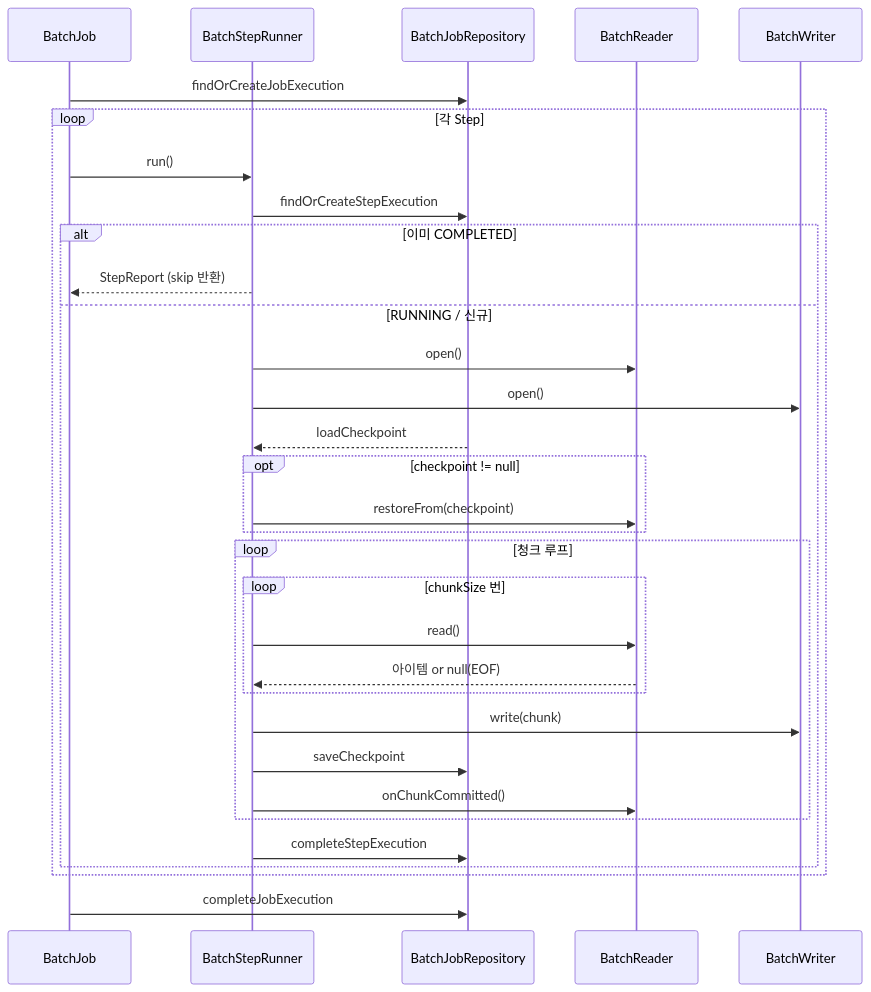
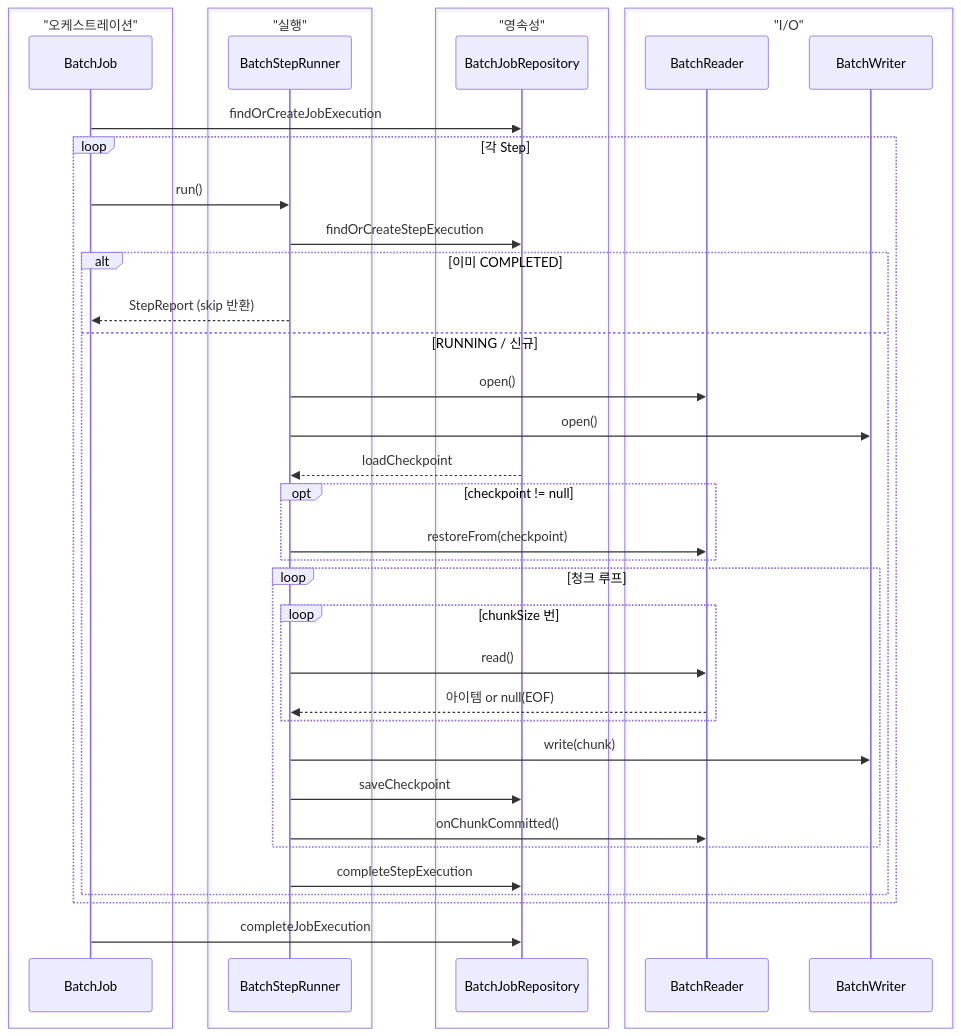
Before and after one commit to bluetape4k/bluetape4k-projects: the second of 3 diagrams in utils/batch/README.ko.md, drawn with Mermaid. The commit also changed other lines of this file and 221 other files, not shown here.

First line of the commit message:
docs: 전체 모듈 README UML 다이어그램 보강 및 색상 업그레이드

````diff
--- a/utils/batch/README.ko.md
+++ b/utils/batch/README.ko.md
@@ -80,35 +88,43 @@
 ```mermaid
 sequenceDiagram
+    box "오케스트레이션" #E8F5E9
     participant Job as BatchJob
+    end
+    box "실행" #E3F2FD
     participant Runner as BatchStepRunner
+    end
+    box "영속성" #FFF3E0
     participant Repo as BatchJobRepository
+    end
+    box "I/O" #F3E5F5
     participant Reader as BatchReader
     participant Writer as BatchWriter
+    end
 
     Job->>Repo: findOrCreateJobExecution
     loop 각 Step
         Job->>Runner: run()
         Runner->>Repo: findOrCreateStepExecution
         alt 이미 COMPLETED
             Runner-->>Job: StepReport (skip 반환)
         else RUNNING / 신규
             Runner->>Reader: open()
             Runner->>Writer: open()
             Repo-->>Runner: loadCheckpoint
             opt checkpoint != null
                 Runner->>Reader: restoreFrom(checkpoint)
             end
             loop 청크 루프
                 loop chunkSize 번
                     Runner->>Reader: read()
                     Reader-->>Runner: 아이템 or null(EOF)
                 end
                 Runner->>Writer: write(chunk)
                 Runner->>Repo: saveCheckpoint
                 Runner->>Reader: onChunkCommitted()
             end
             Runner->>Repo: completeStepExecution
         end
     end
     Job->>Repo: completeJobExecution
 ```
````
